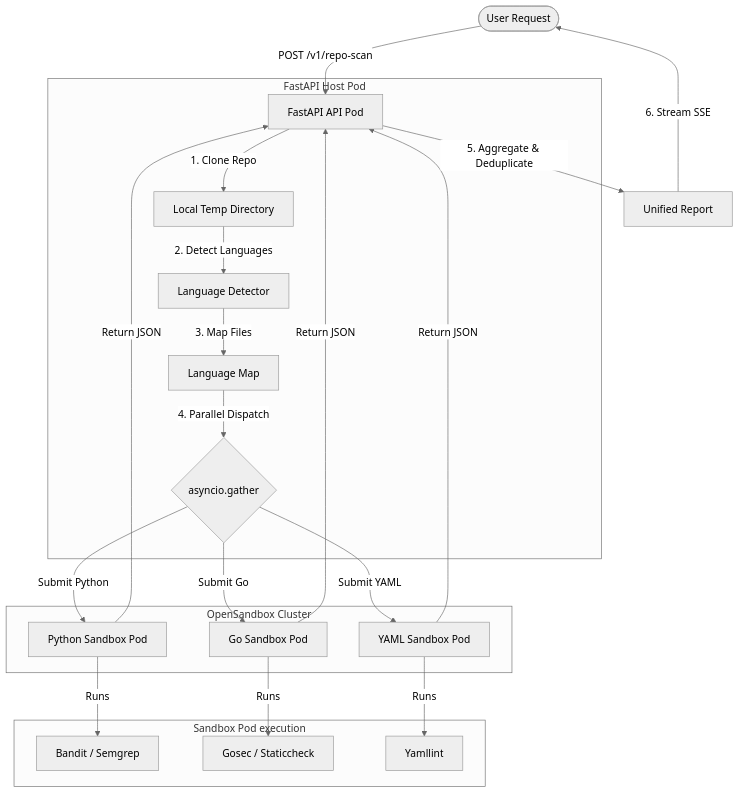
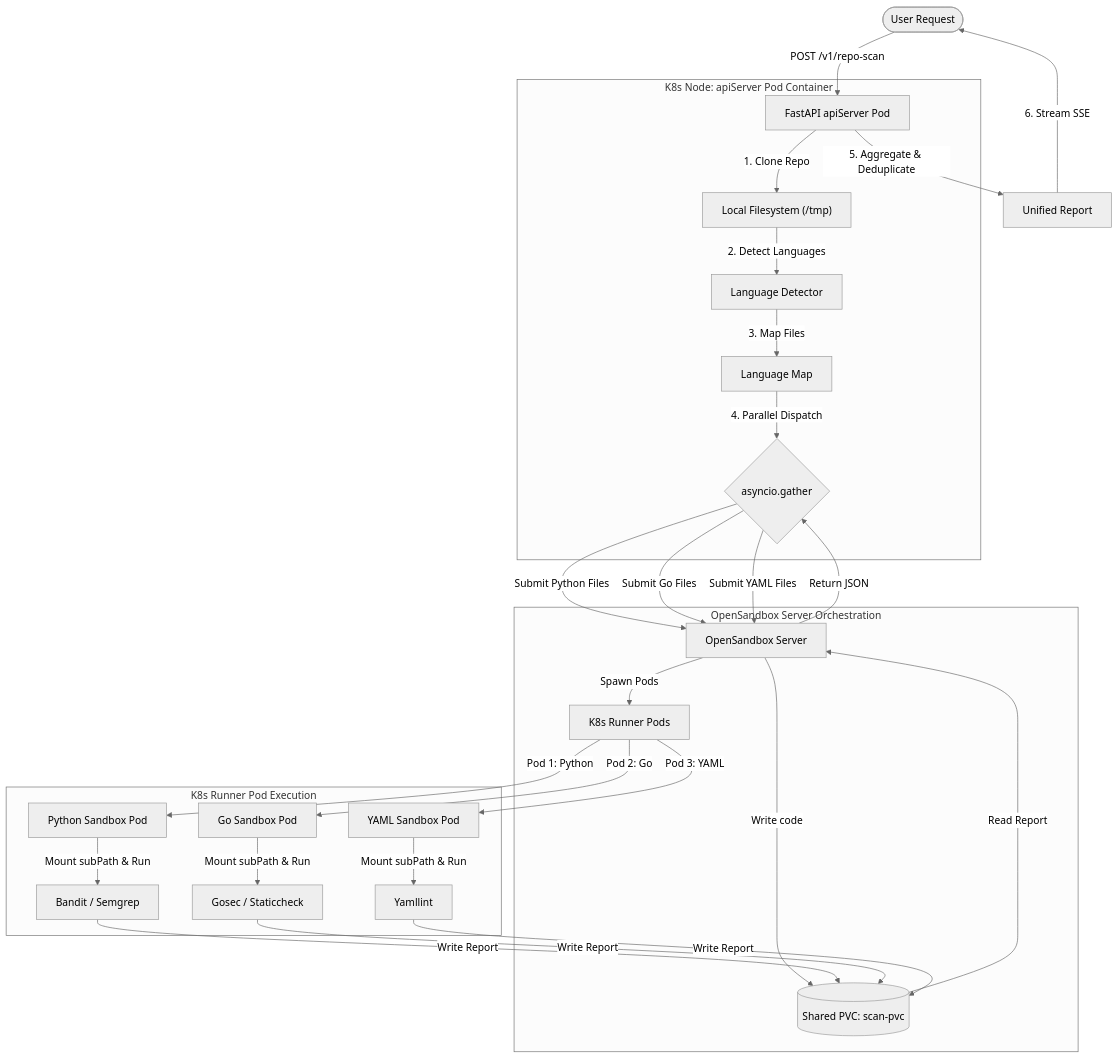
One commit to 01cloud/01-Sandbox changed the first of 2 diagrams in docs/repoScanner/repo-scanner-multilingual.md. Above: the diagram before and after it, drawn with Mermaid (neutral theme). The commit also changed other lines of this file, not shown here.

Commit message:
docs(readme): update the readme file

````diff
--- a/docs/repoScanner/repo-scanner-multilingual.md
+++ b/docs/repoScanner/repo-scanner-multilingual.md
@@ -16,31 +16,40 @@
 ```mermaid
 graph TD
-    User([User Request]) -->|POST /v1/repo-scan| API[FastAPI API Pod]
+    User([User Request]) -->|POST /v1/repo-scan| API[FastAPI apiServer Pod]
 
-    subgraph FastAPI Host Pod
-        API -->|1. Clone Repo| TempDir[Local Temp Directory]
+    subgraph K8s Node: apiServer Pod Container
+        API -->|1. Clone Repo| TempDir["Local Filesystem (/tmp)"]
         TempDir -->|2. Detect Languages| Detector[Language Detector]
         Detector -->|3. Map Files| LangMap[Language Map]
-
         LangMap -->|4. Parallel Dispatch| ThreadPool{asyncio.gather}
     end
 
-    subgraph OpenSandbox Cluster
-        ThreadPool -->|Submit Python| Pod1[Python Sandbox Pod]
-        ThreadPool -->|Submit Go| Pod2[Go Sandbox Pod]
-        ThreadPool -->|Submit YAML| Pod3[YAML Sandbox Pod]
+    subgraph OpenSandbox Server Orchestration
+        ThreadPool -->|Submit Python Files| OS_Srv[OpenSandbox Server]
+        ThreadPool -->|Submit Go Files| OS_Srv
+        ThreadPool -->|Submit YAML Files| OS_Srv
+
+        OS_Srv -->|Write code| PVC[(Shared PVC: scan-pvc)]
+        OS_Srv -->|Spawn Pods| Pods[K8s Runner Pods]
     end
 
-    subgraph Sandbox Pod execution
-        Pod1 -->|Runs| Bandit[Bandit / Semgrep]
-        Pod2 -->|Runs| Gosec[Gosec / Staticcheck]
-        Pod3 -->|Runs| Yamllint[Yamllint]
+    subgraph K8s Runner Pod Execution
+        Pods -->|Pod 1: Python| Pod1[Python Sandbox Pod]
+        Pods -->|Pod 2: Go| Pod2[Go Sandbox Pod]
+        Pods -->|Pod 3: YAML| Pod3[YAML Sandbox Pod]
+
+        Pod1 -->|Mount subPath & Run| Bandit[Bandit / Semgrep]
+        Pod2 -->|Mount subPath & Run| Gosec[Gosec / Staticcheck]
+        Pod3 -->|Mount subPath & Run| Yamllint[Yamllint]
+
+        Bandit -->|Write Report| PVC
+        Gosec -->|Write Report| PVC
+        Yamllint -->|Write Report| PVC
     end
 
-    Pod1 -->|Return JSON| API
-    Pod2 -->|Return JSON| API
-    Pod3 -->|Return JSON| API
+    PVC -->|Read Report| OS_Srv
+    OS_Srv -->|Return JSON| ThreadPool
 
     API -->|5. Aggregate & Deduplicate| FinalResult[Unified Report]
     FinalResult -->|6. Stream SSE| User
 ```
````
